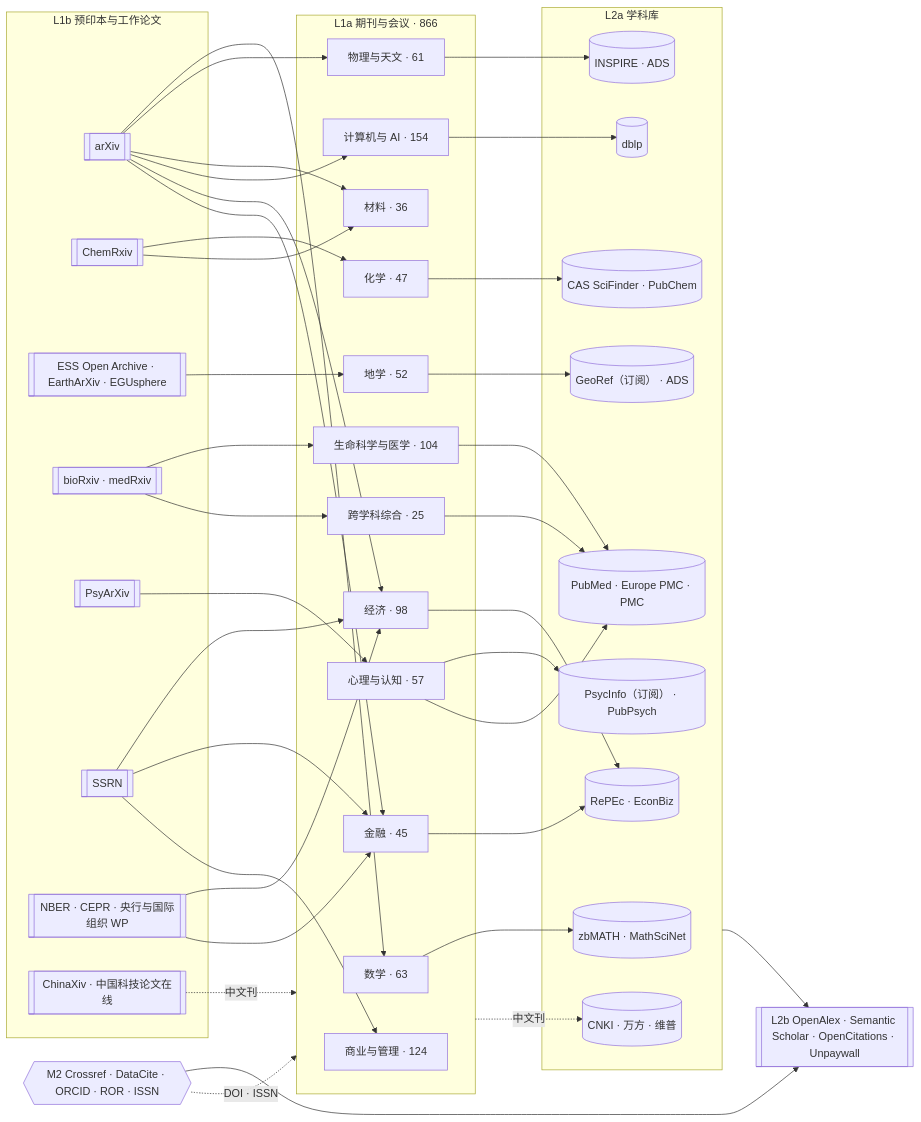
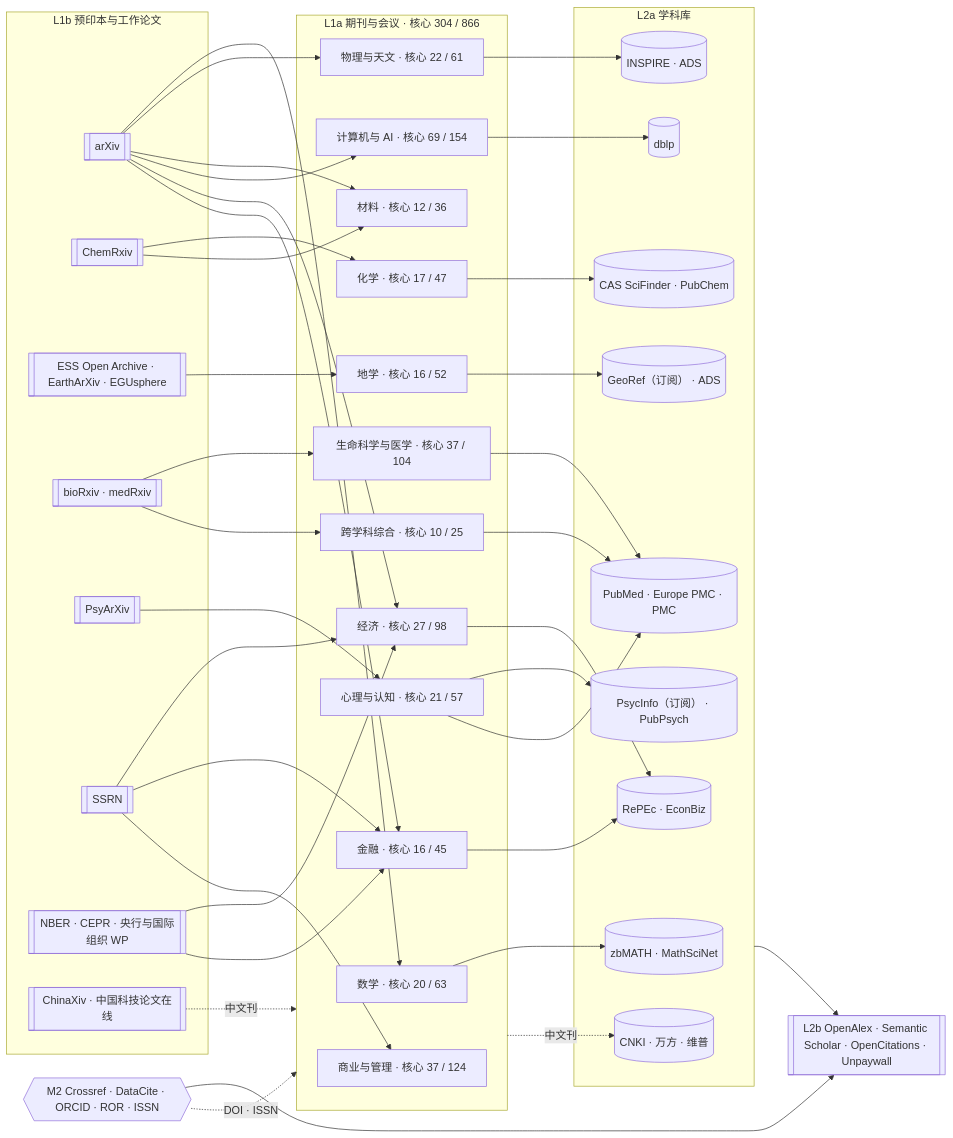
The diagram in docs/catalog/venues/README.md (yhyfhgs/Confluo), drawn with Mermaid before and after one commit. The commit also changed other lines of this file and 19 other files, not shown here.

````diff
--- a/docs/catalog/venues/README.md
+++ b/docs/catalog/venues/README.md
@@ -44,61 +45,61 @@
 ```mermaid
 flowchart LR
   subgraph L1B["L1b 预印本与工作论文"]
     arx[["arXiv"]]
     chemrx[["ChemRxiv"]]
     ess[["ESS Open Archive · EarthArXiv · EGUsphere"]]
     bio[["bioRxiv · medRxiv"]]
     psy[["PsyArXiv"]]
     ssrn[["SSRN"]]
     wp[["NBER · CEPR · 央行与国际组织 WP"]]
     cx[["ChinaXiv · 中国科技论文在线"]]
   end
-  subgraph L1A["L1a 期刊与会议 · 866"]
-    math["数学 · 63"]
-    phys["物理与天文 · 61"]
-    chem["化学 · 47"]
-    geo["地学 · 52"]
-    mat["材料 · 36"]
-    life["生命科学与医学 · 104"]
-    psyc["心理与认知 · 57"]
-    econ["经济 · 98"]
-    fin["金融 · 45"]
-    mgmt["商业与管理 · 124"]
-    cs["计算机与 AI · 154"]
-    multi["跨学科综合 · 25"]
+  subgraph L1A["L1a 期刊与会议 · 核心 304 / 866"]
+    math["数学 · 核心 20 / 63"]
+    phys["物理与天文 · 核心 22 / 61"]
+    chem["化学 · 核心 17 / 47"]
+    geo["地学 · 核心 16 / 52"]
+    mat["材料 · 核心 12 / 36"]
+    life["生命科学与医学 · 核心 37 / 104"]
+    psyc["心理与认知 · 核心 21 / 57"]
+    econ["经济 · 核心 27 / 98"]
+    fin["金融 · 核心 16 / 45"]
+    mgmt["商业与管理 · 核心 37 / 124"]
+    cs["计算机与 AI · 核心 69 / 154"]
+    multi["跨学科综合 · 核心 10 / 25"]
   end
   subgraph L2A["L2a 学科库"]
     zb[("zbMATH · MathSciNet")]
     ins[("INSPIRE · ADS")]
     cas[("CAS SciFinder · PubChem")]
     geor[("GeoRef（订阅） · ADS")]
     pm[("PubMed · Europe PMC · PMC")]
     psyi[("PsycInfo（订阅） · PubPsych")]
     rep[("RePEc · EconBiz")]
     dblp[("dblp")]
     cnki[("CNKI · 万方 · 维普")]
   end
   M2{{"M2 Crossref · DataCite · ORCID · ROR · ISSN"}}
   L2B[["L2b OpenAlex · Semantic Scholar · OpenCitations · Unpaywall"]]
   arx --> math & phys & mat & cs & econ & fin
   chemrx --> chem & mat
   ess --> geo
   bio --> life & multi
   psy --> psyc
   ssrn --> econ & fin & mgmt
   wp --> econ & fin
   math --> zb
   phys --> ins
   chem --> cas
   geo --> geor
   life --> pm
   psyc --> psyi & pm
   econ & fin --> rep
   cs --> dblp
   multi --> pm
   cx -. 中文刊 .-> L1A
   L1A -. 中文刊 .-> cnki
   M2 -. DOI · ISSN .-> L1A
   L2A --> L2B
   M2 --> L2B
 ```
````
